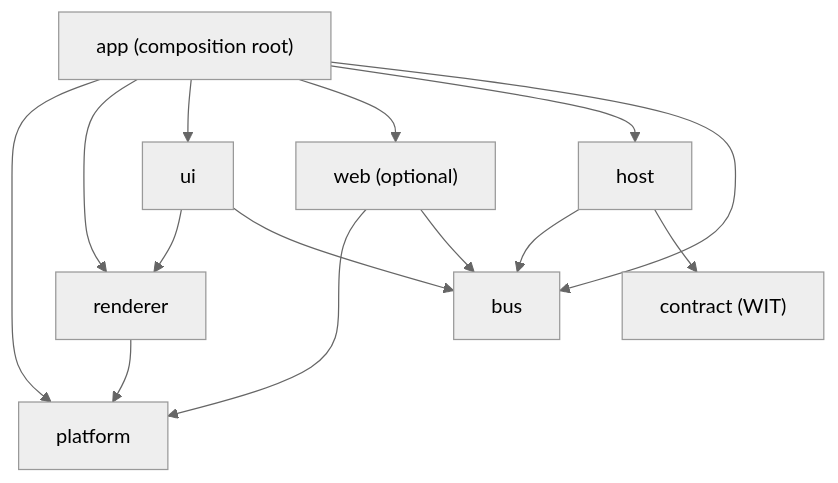
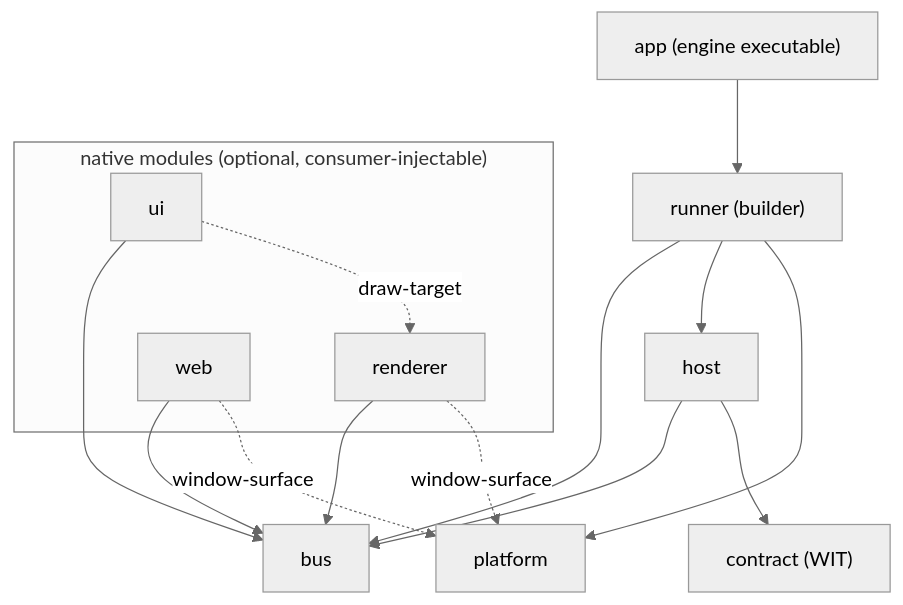
Before and after one commit to an-dr/bones: the diagram in docs/structure.md, drawn with Mermaid (neutral theme). The commit also changed other lines of this file and 7 other files, not shown here.

````diff
--- a/docs/structure.md
+++ b/docs/structure.md
@@ -23,16 +43,20 @@
 ```mermaid
 graph TD
-    App["app (composition root)"] --> Platform["platform"]
-    App --> Renderer["renderer"]
-    App --> UI["ui"]
-    App --> Web["web (optional)"]
-    App --> Host["host"]
-    App --> Bus["bus"]
-    Renderer --> Platform
-    UI --> Renderer
-    UI --> Bus
-    Web --> Platform
-    Web --> Bus
+    App["app (engine executable)"] --> Runner["runner (builder)"]
+    Runner --> Bus["bus"]
+    Runner --> Host["host"]
+    Runner --> Platform["platform"]
     Host --> Bus
     Host --> Contract["contract (WIT)"]
+    subgraph Modules["native modules (optional, consumer-injectable)"]
+        Renderer["renderer"]
+        UI["ui"]
+        Web["web"]
+    end
+    Renderer --> Bus
+    UI --> Bus
+    Web --> Bus
+    Renderer -. "window-surface" .-> Platform
+    Web -. "window-surface" .-> Platform
+    UI -. "draw-target" .-> Renderer
 ```
````
